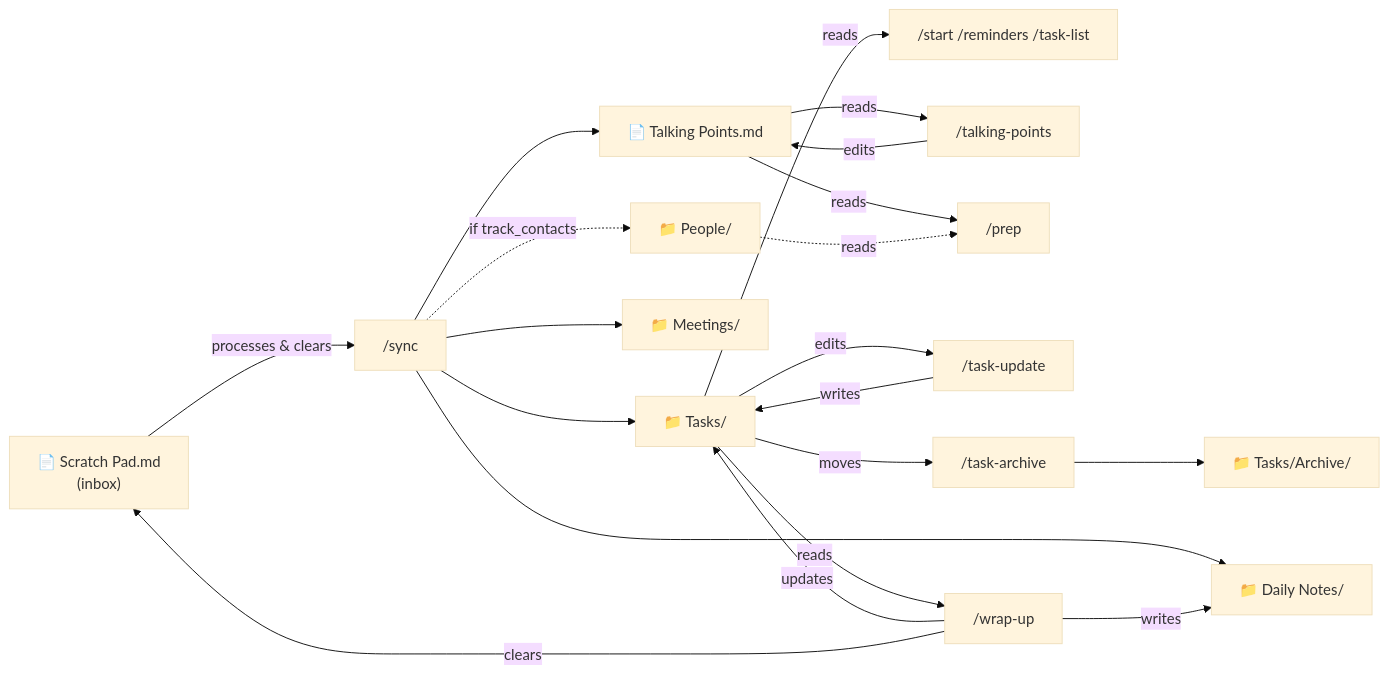
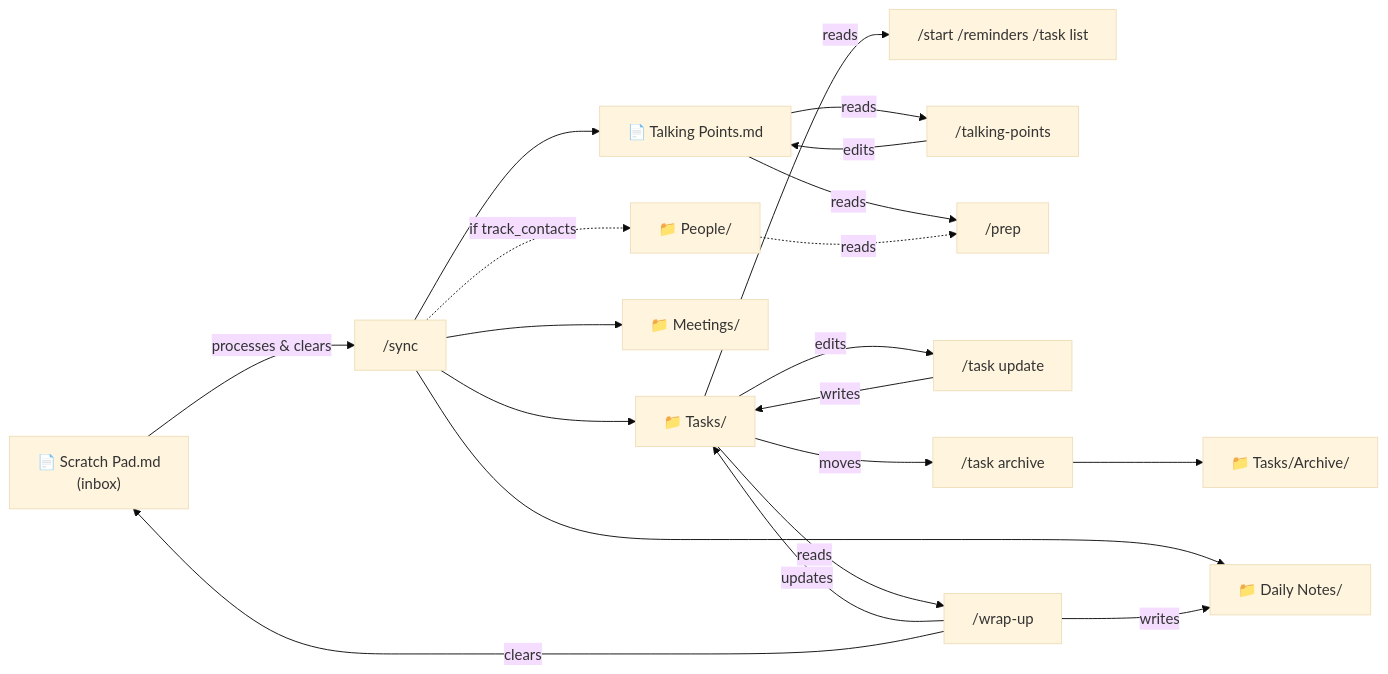
Before and after one commit to GhaidaAlAtoum/plugin-playground: the diagram in plugins/productivity/daily-notes/CONTRIBUTING.md, drawn with Mermaid (base theme). The commit also changed 17 other files, not shown here.

First line of the commit message:
Phase 2: consolidate /start, /task; rename to verb-first; v2.0.0

````diff
--- a/plugins/productivity/daily-notes/CONTRIBUTING.md
+++ b/plugins/productivity/daily-notes/CONTRIBUTING.md
@@ -9,27 +9,27 @@
 ```mermaid
 flowchart LR
     SP["📄 Scratch Pad.md\n(inbox)"]
 
     SP -->|processes & clears| SY["/sync"]
     SY --> TP["📄 Talking Points.md"]
     SY --> TF["📁 Tasks/"]
     SY --> MF["📁 Meetings/"]
     SY --> DN["📁 Daily Notes/"]
     SY -.->|if track_contacts| PF["📁 People/"]
 
-    TF -->|reads| ST["/start  /reminders  /task-list"]
+    TF -->|reads| ST["/start  /reminders  /task list"]
     TP -->|reads| TP_SK["/talking-points"]
     TP_SK -->|edits| TP
     TP -->|reads| PR["/prep"]
     PF -.->|reads| PR
 
-    TF -->|edits| TU["/task-update"]
+    TF -->|edits| TU["/task update"]
     TU -->|writes| TF
-    TF -->|moves| TA["/task-archive"]
+    TF -->|moves| TA["/task archive"]
     TA --> ARC["📁 Tasks/Archive/"]
 
     TF -->|reads| WU["/wrap-up"]
     WU -->|updates| TF
     WU -->|writes| DN
     WU -->|clears| SP
 ```
````
